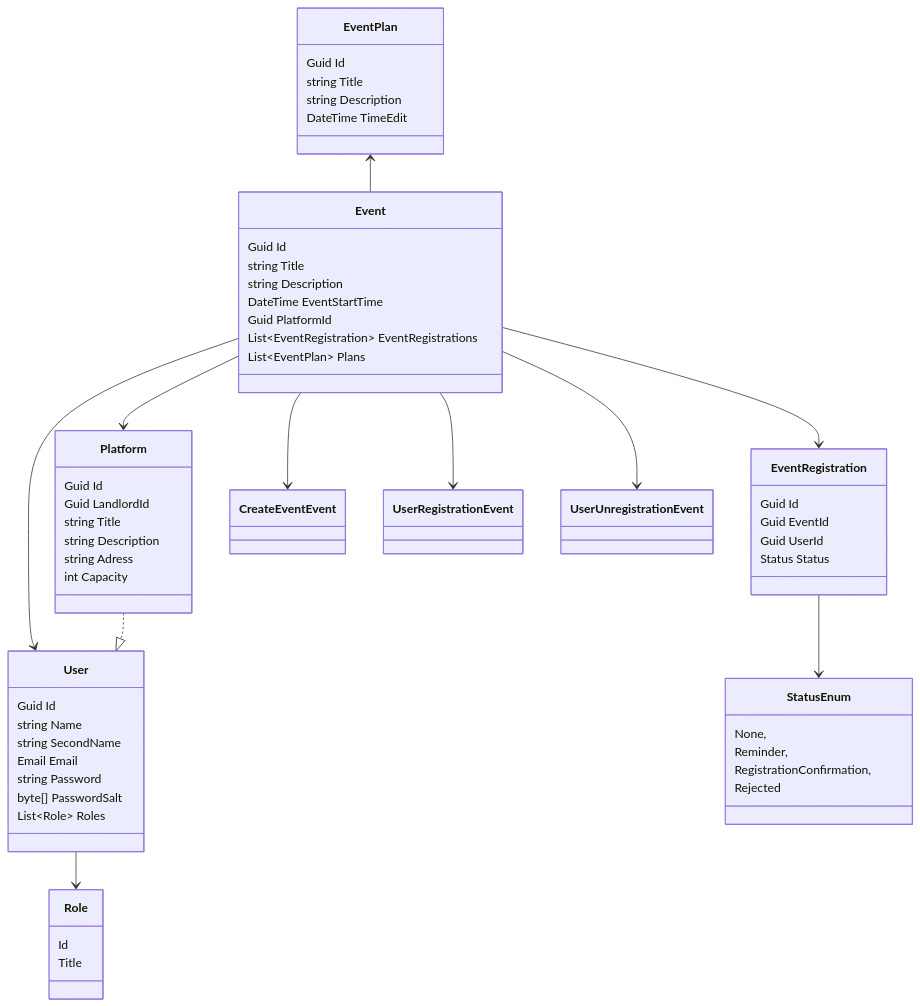
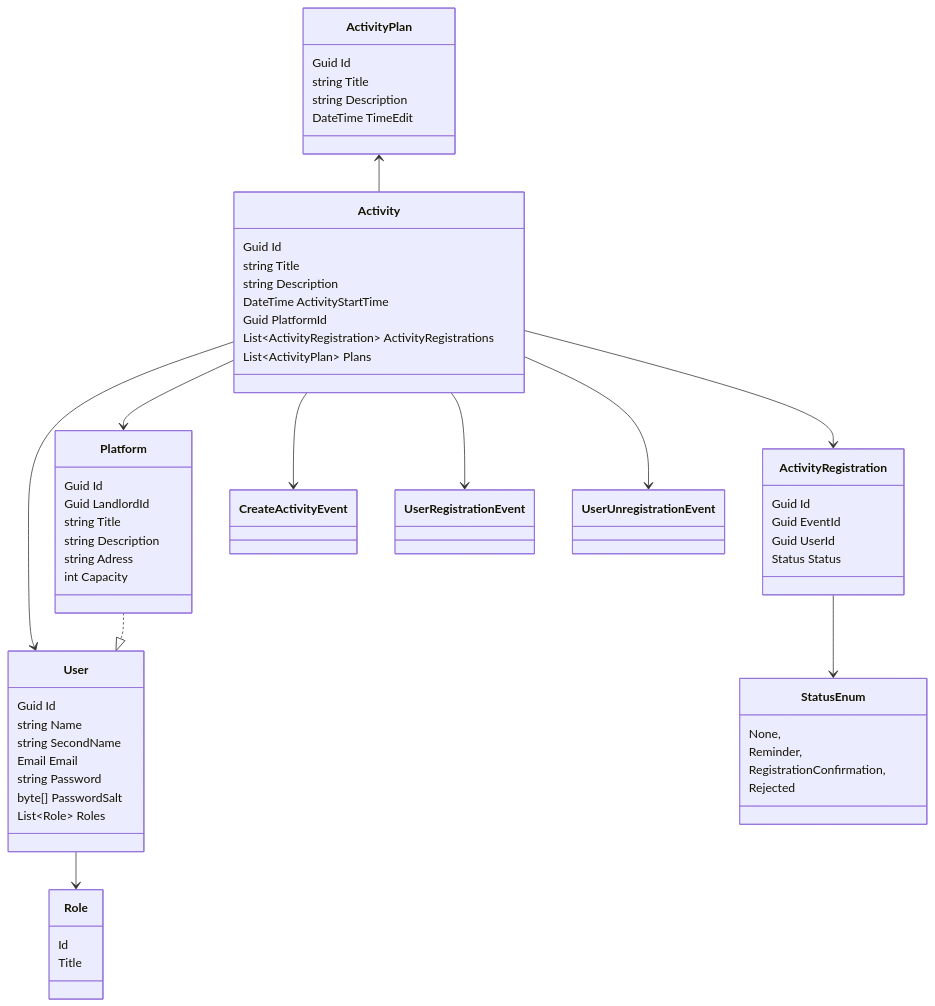
The diagram in README.md (denismakalich/Realize), drawn with Mermaid before and after one commit.

````diff
--- a/README.md
+++ b/README.md
@@ -2,69 +2,69 @@
 ```mermaid
 classDiagram
     User --> Role
 
-    Event --> User
-    Event --> Platform
-    Event --> EventRegistration
-    EventRegistration --> StatusEnum
-    Event --> CreateEventEvent
-    Event --> UserRegistrationEvent
-    Event --> UserUnregistrationEvent
-    EventPlan <-- Event
+    Activity --> User
+    Activity --> Platform
+    Activity --> ActivityRegistration
+    ActivityRegistration --> StatusEnum
+    Activity --> CreateActivityEvent
+    Activity --> UserRegistrationEvent
+    Activity --> UserUnregistrationEvent
+    ActivityPlan <-- Activity
     Platform ..|> User
 
     class Role{
         Id
         Title
     }
 
     class User{
         Guid Id
         string Name
         string SecondName
         Email Email
         string Password
         byte[] PasswordSalt
         List~Role~ Roles
     }
 
-    class Event{
+    class Activity{
         Guid Id
         string Title
         string Description
-        DateTime EventStartTime
+        DateTime ActivityStartTime
         Guid PlatformId
-        List~EventRegistration~ EventRegistrations 
-        List~EventPlan~ Plans
+        List~ActivityRegistration~ ActivityRegistrations 
+        List~ActivityPlan~ Plans
     }
 
     class Platform{
         Guid Id
         Guid LandlordId
         string Title
         string Description
         string Adress
         int Capacity
     }
 
-    class EventRegistration{
+    class ActivityRegistration{
         Guid Id
         Guid EventId
         Guid UserId
         Status Status
     }
 
     class StatusEnum{
         None,
         Reminder, 
         RegistrationConfirmation,
         Rejected
     }
 
-    class EventPlan{
+    class ActivityPlan{
         Guid Id
         string Title
         string Description
         DateTime TimeEdit
     }
 ```
````
